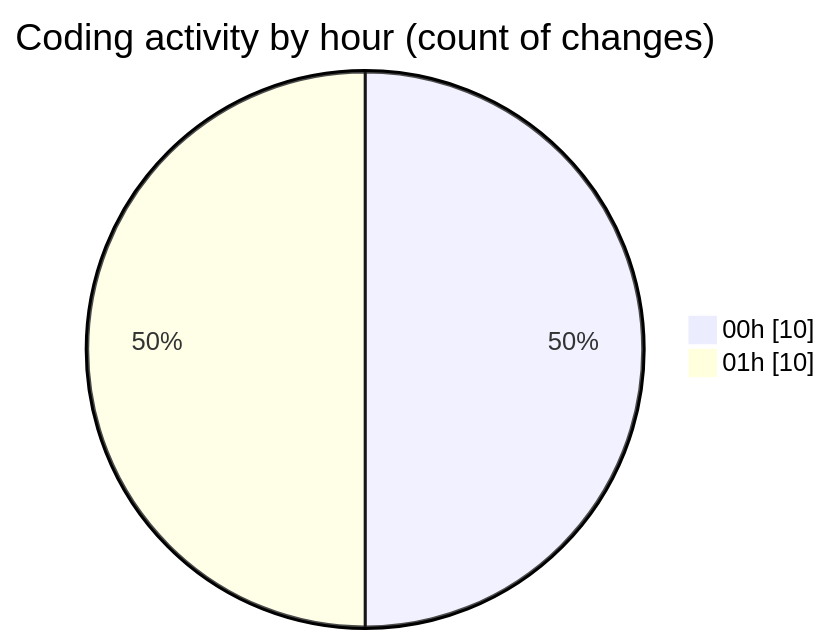
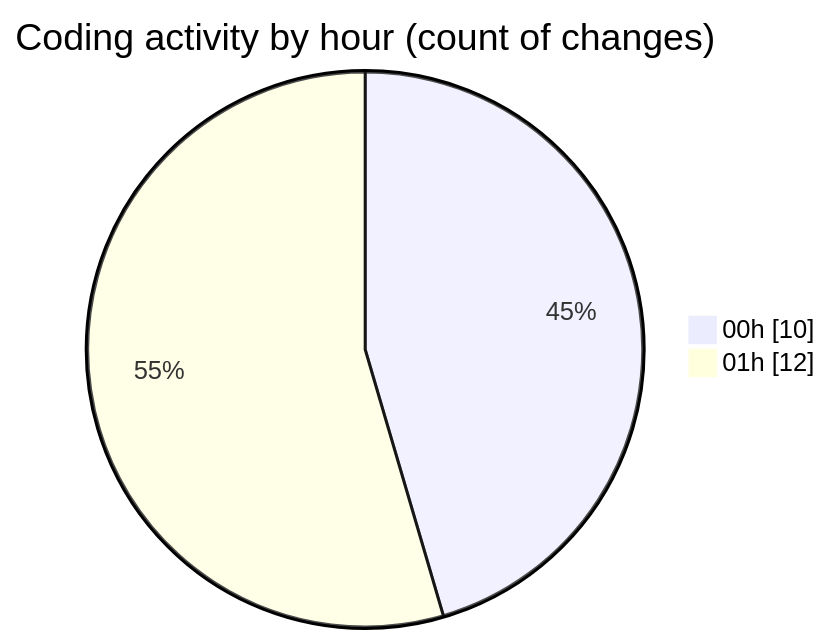
The second of 2 diagrams in 2025-06-18/studio-backend/README.md (idhammustaqopulfikri/code-tracking), drawn with Mermaid before and after one commit. The commit also changed other lines of this file and 1 other file, not shown here.

````diff
--- a/2025-06-18/studio-backend/README.md
+++ b/2025-06-18/studio-backend/README.md
@@ -30,6 +31,6 @@
 ```mermaid
 pie showData
 title Coding activity by hour (count of changes)
 "00h" : 10
-"01h" : 10
+"01h" : 12
 ```
````
